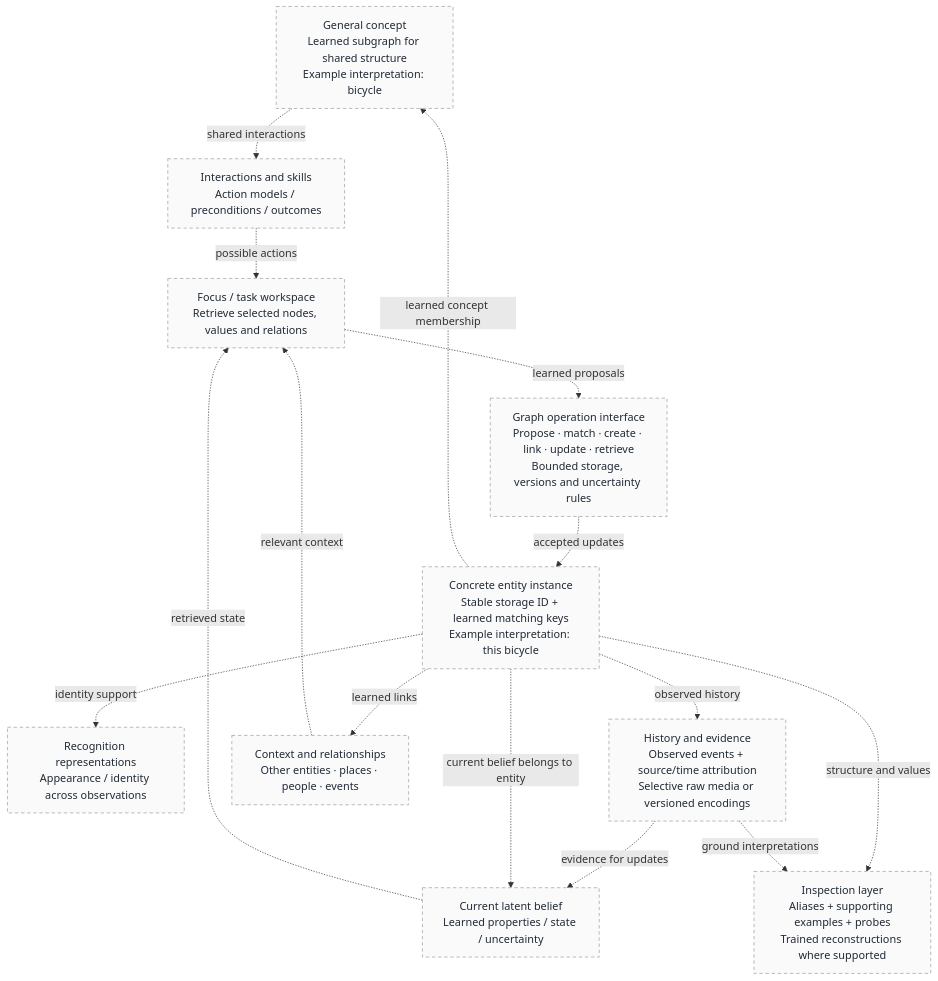
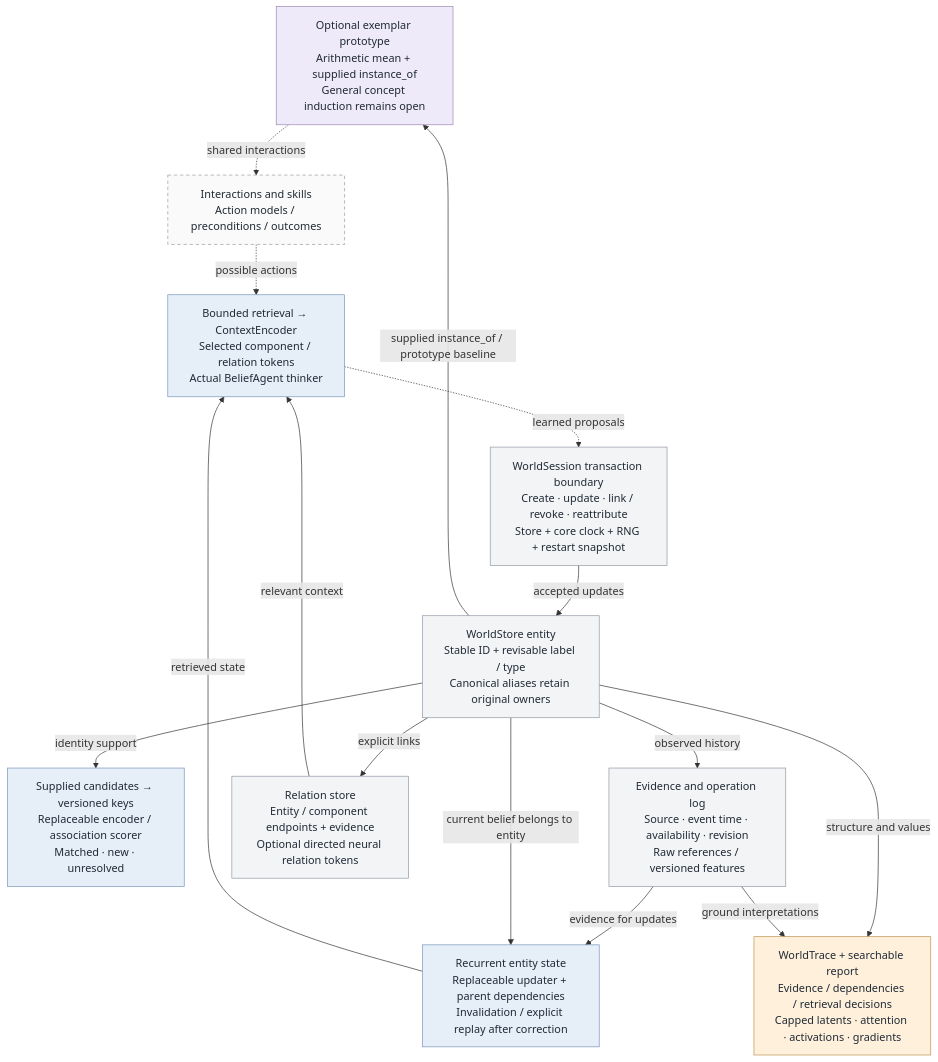
Diagram 13 of 13 in docs/architecture-atlas.md (intrinsicD/path-wm), drawn with Mermaid before and after one commit. The commit also changed other lines of this file and 11 other files, not shown here.

````diff
--- a/docs/architecture-atlas.md
+++ b/docs/architecture-atlas.md
@@ -837,43 +837,43 @@
 ```mermaid
 flowchart TB
-    concept["General concept<br/>Learned subgraph for shared structure<br/>Example interpretation: bicycle"]
-    class concept proposal;
-    instance["Concrete entity instance<br/>Stable storage ID + learned matching keys<br/>Example interpretation: this bicycle"]
-    class instance proposal;
-    recognition["Recognition representations<br/>Appearance / identity across observations"]
-    class recognition proposal;
-    evidence["History and evidence<br/>Observed events + source/time attribution<br/>Selective raw media or versioned encodings"]
-    class evidence proposal;
-    belief["Current latent belief<br/>Learned properties / state / uncertainty"]
-    class belief proposal;
-    relations["Context and relationships<br/>Other entities · places · people · events"]
-    class relations proposal;
+    concept["Optional exemplar prototype<br/>Arithmetic mean + supplied instance_of<br/>General concept induction remains open"]
+    class concept optional;
+    instance["WorldStore entity<br/>Stable ID + revisable label / type<br/>Canonical aliases retain original owners"]
+    class instance store;
+    recognition["Supplied candidates → versioned keys<br/>Replaceable encoder / association scorer<br/>Matched · new · unresolved"]
+    class recognition learned;
+    evidence["Evidence and operation log<br/>Source · event time · availability · revision<br/>Raw references / versioned features"]
+    class evidence store;
+    belief["Recurrent entity state<br/>Replaceable updater + parent dependencies<br/>Invalidation / explicit replay after correction"]
+    class belief learned;
+    relations["Relation store<br/>Entity / component endpoints + evidence<br/>Optional directed neural relation tokens"]
+    class relations store;
     skills["Interactions and skills<br/>Action models / preconditions / outcomes"]
     class skills proposal;
-    focus["Focus / task workspace<br/>Retrieve selected nodes, values and relations"]
-    class focus proposal;
-    operations["Graph operation interface<br/>Propose · match · create · link · update · retrieve<br/>Bounded storage, versions and uncertainty rules"]
-    class operations proposal;
-    inspect["Inspection layer<br/>Aliases + supporting examples + probes<br/>Trained reconstructions where supported"]
-    class inspect proposal;
-    instance -.->|"learned concept membership"| concept
-    instance -.->|"identity support"| recognition
-    instance -.->|"observed history"| evidence
-    evidence -.->|"evidence for updates"| belief
-    instance -.->|"current belief belongs to entity"| belief
-    instance -.->|"learned links"| relations
+    focus["Bounded retrieval → ContextEncoder<br/>Selected component / relation tokens<br/>Actual BeliefAgent thinker"]
+    class focus learned;
+    operations["WorldSession transaction boundary<br/>Create · update · link / revoke · reattribute<br/>Store + core clock + RNG + restart snapshot"]
+    class operations store;
+    inspect["WorldTrace + searchable report<br/>Evidence / dependencies / retrieval decisions<br/>Capped latents · attention · activations · gradients"]
+    class inspect training;
+    instance -->|"supplied instance_of / prototype baseline"| concept
+    instance -->|"identity support"| recognition
+    instance -->|"observed history"| evidence
+    evidence -->|"evidence for updates"| belief
+    instance -->|"current belief belongs to entity"| belief
+    instance -->|"explicit links"| relations
     concept -.->|"shared interactions"| skills
-    belief -.->|"retrieved state"| focus
-    relations -.->|"relevant context"| focus
+    belief -->|"retrieved state"| focus
+    relations -->|"relevant context"| focus
     skills -.->|"possible actions"| focus
     focus -.->|"learned proposals"| operations
-    operations -.->|"accepted updates"| instance
-    instance -.->|"structure and values"| inspect
-    evidence -.->|"ground interpretations"| inspect
+    operations -->|"accepted updates"| instance
+    instance -->|"structure and values"| inspect
+    evidence -->|"ground interpretations"| inspect
     classDef learned fill:#e6eef8,stroke:#7696bc,color:#202a36;
     classDef store fill:#f3f4f6,stroke:#9098a4,color:#202a36;
     classDef external fill:#e7f1eb,stroke:#789887,color:#202a36;
     classDef optional fill:#efeafa,stroke:#9c87b5,color:#202a36;
     classDef training fill:#fff0db,stroke:#bd934d,color:#202a36;
     classDef proposal fill:#fafafa,stroke:#9b9b9b,color:#202a36,stroke-dasharray:5 4;
 ```
````
